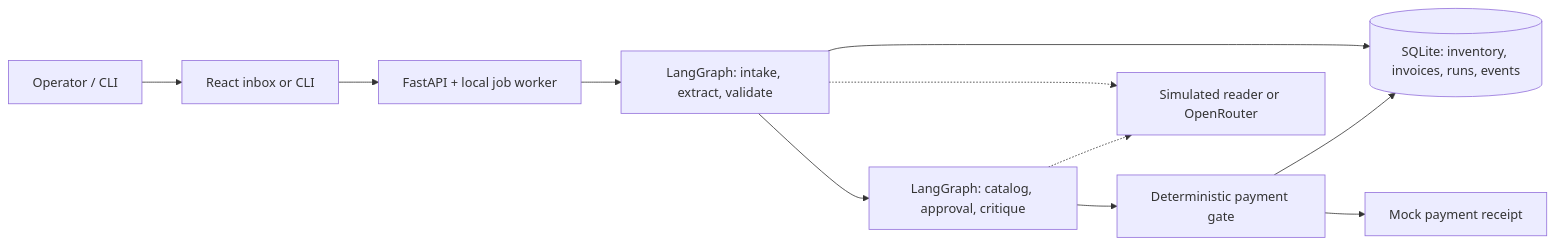
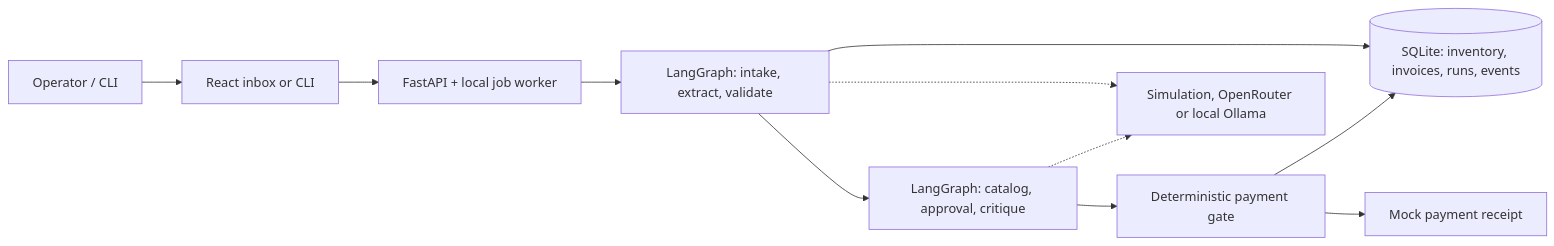
Before and after one commit to theomthakur/invoice-desk: the diagram in README.md, drawn with Mermaid. The commit also changed other lines of this file and 35 other files, not shown here.

````diff
--- a/README.md
+++ b/README.md
@@ -67,13 +67,13 @@
 ```mermaid
 flowchart LR
     User["Operator / CLI"] --> UI["React inbox or CLI"]
     UI --> API["FastAPI + local job worker"]
     API --> Prep["LangGraph: intake, extract, validate"]
     Prep --> DB[("SQLite: inventory, invoices, runs, events")]
     Prep --> Decision["LangGraph: catalog, approval, critique"]
     Decision --> Gate["Deterministic payment gate"]
     Gate --> DB
     Gate --> Mock["Mock payment receipt"]
-    Prep -.-> Provider["Simulated reader or OpenRouter"]
+    Prep -.-> Provider["Simulation, OpenRouter or local Ollama"]
     Decision -.-> Provider
 ```
````
